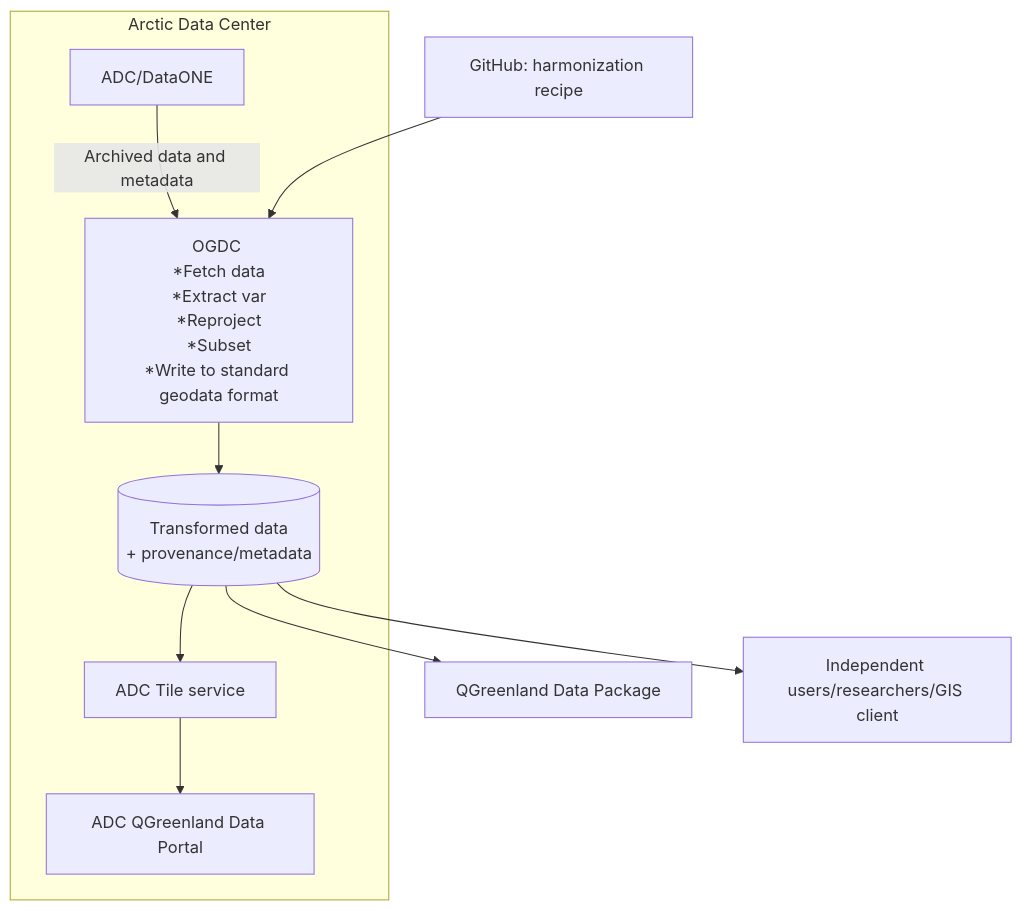
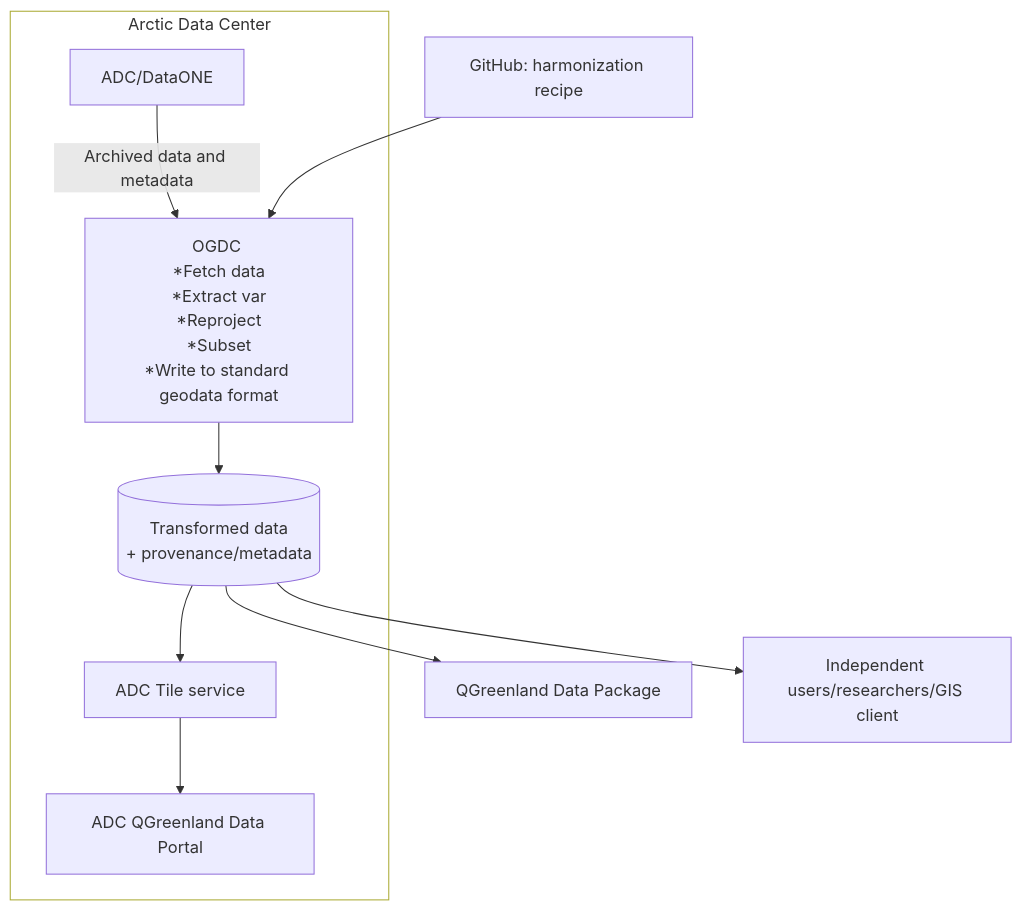
Before and after one commit to QGreenland-Net/qgreenland-net.github.io: the diagram in diagrams/high-level-architecture.qmd, drawn with Mermaid.

Commit message:
Fixup background color of ADC subchart

````diff
--- a/diagrams/high-level-architecture.qmd
+++ b/diagrams/high-level-architecture.qmd
@@ -9,12 +9,13 @@
 ```{mermaid}
 flowchart TD
     subgraph adc[Arctic Data Center]
     ADC[ADC/DataONE] -->|Archived data and metadata| OGDC[OGDC </br>*Fetch data</br>*Extract var</br>*Reproject</br>*Subset</br>*Write to standard geodata format]
     OGDC --> DATA_STORE[(Transformed data</br> + provenance/metadata)]
     DATA_STORE --> TILE_SERVICE[ADC Tile service] 
     TILE_SERVICE --> WEB_PORTAL[ADC QGreenland Data Portal]
     end
     RECIPE[GitHub: harmonization recipe] --> OGDC
     DATA_STORE --> QGR[QGreenland Data Package]
     DATA_STORE --> OTHER[Independent users/researchers/GIS client]
+    style adc fill:#FFFFFF;
 ```
````
